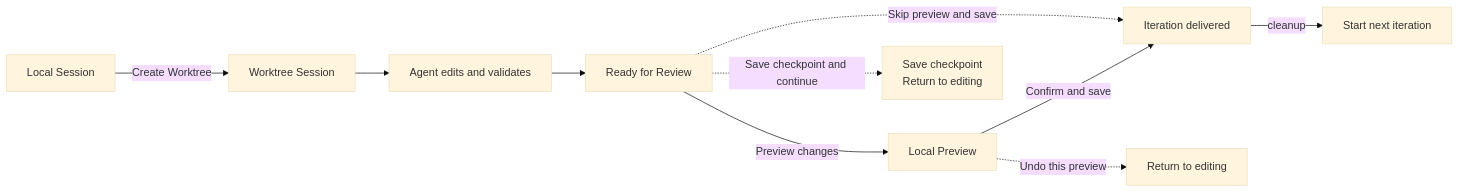
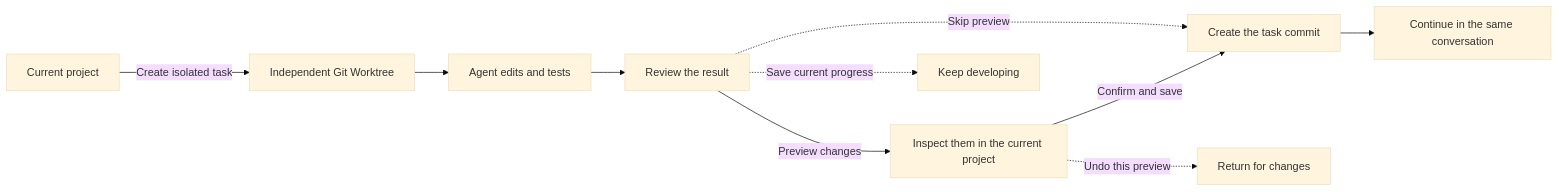
The diagram in README.en.md (wloops/dsh-git-worktree), drawn with Mermaid (base theme) before and after one commit. The commit also changed other lines of this file and 1 other file, not shown here.

````diff
--- a/README.en.md
+++ b/README.en.md
@@ -41,13 +41,13 @@
 ```mermaid
 flowchart LR
-    A[Local Session] -->|Create Worktree| B[Worktree Session]
-    B --> C[Agent edits and validates]
-    C --> D[Ready for Review]
-    D -->|Preview changes| E[Local Preview]
-    E -->|Confirm and save| F[Iteration delivered]
-    F -->|cleanup| G[Start next iteration]
+    A[Current project] -->|Create isolated task| B[Independent Git Worktree]
+    B --> C[Agent edits and tests]
+    C --> D[Review the result]
+    D -->|Preview changes| E[Inspect them in the current project]
+    E -->|Confirm and save| F[Create the task commit]
+    F --> G[Continue in the same conversation]
 
-    D -.->|Save checkpoint and continue| H[Save checkpoint<br/>Return to editing]
-    E -.->|Undo this preview| I[Return to editing]
-    D -.->|Skip preview and save| F
+    D -.->|Save current progress| H[Keep developing]
+    E -.->|Undo this preview| I[Return for changes]
+    D -.->|Skip preview| F
 ```
````
